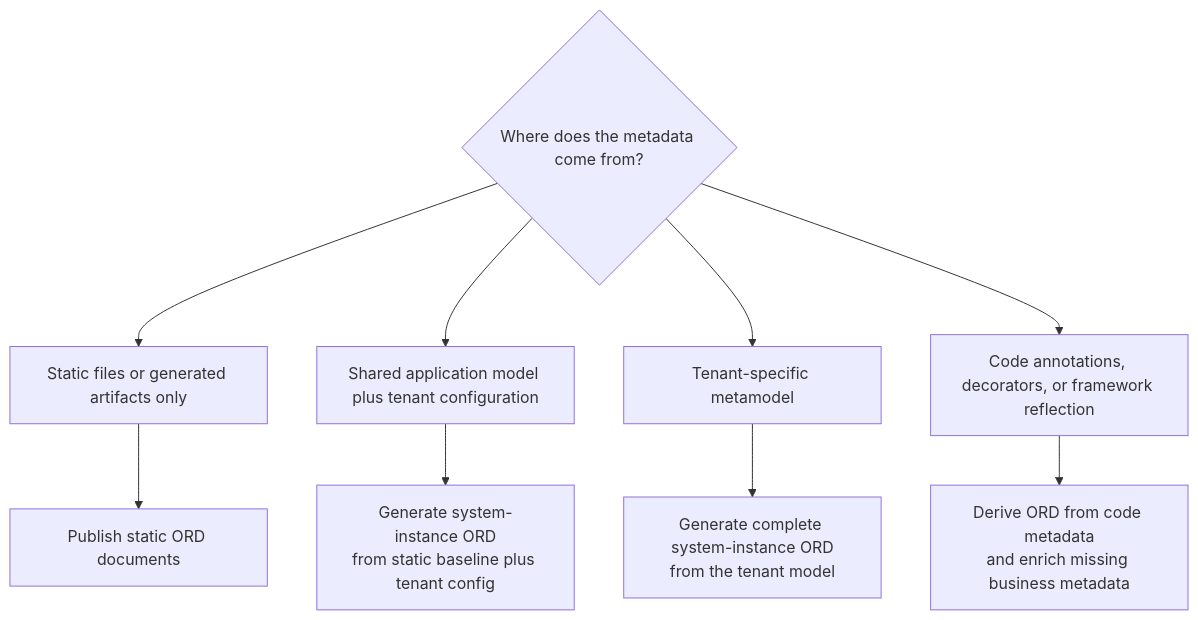
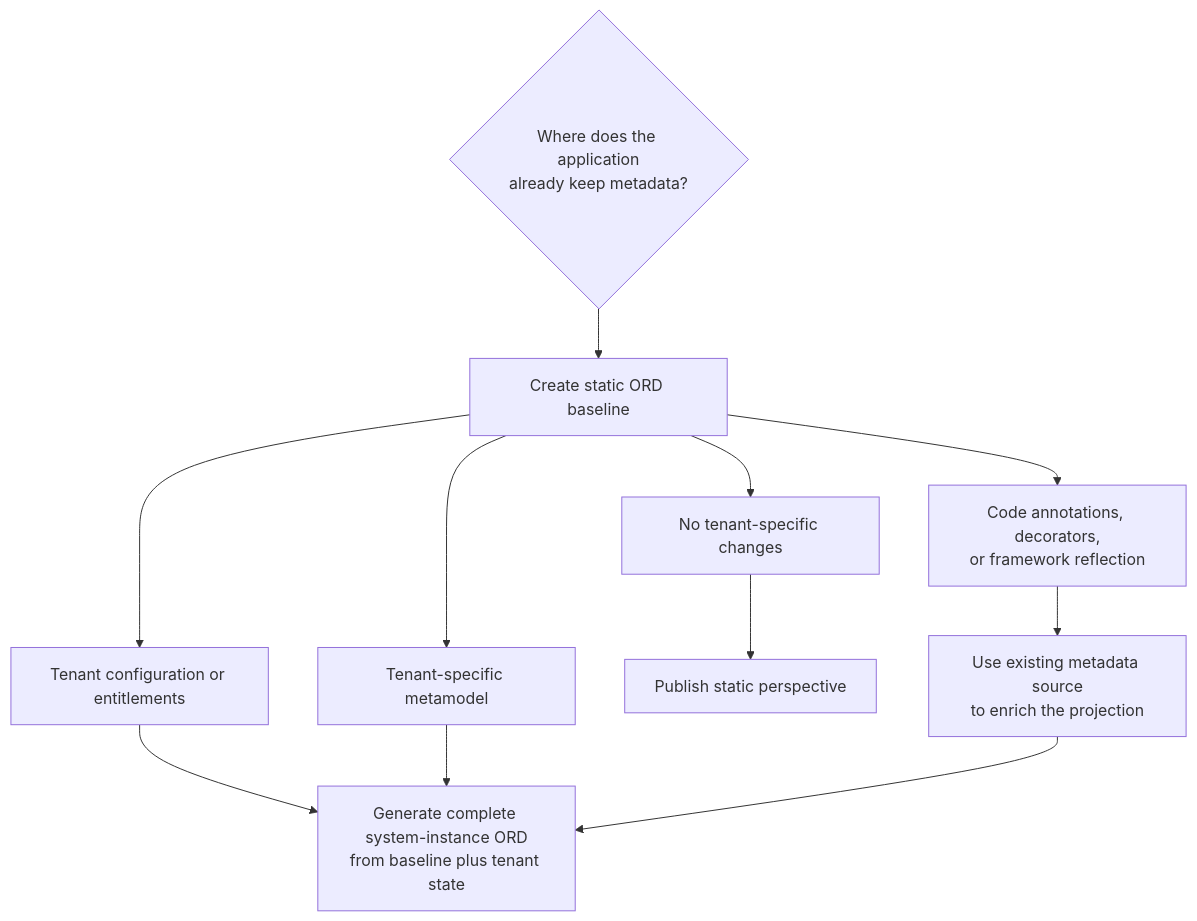
Before and after one commit to open-resource-discovery/specification: the second of 2 diagrams in docs/spec-v1/concepts/implementing-ord-natively.md, drawn with Mermaid. The commit also changed other lines of this file, not shown here.

````diff
--- a/docs/spec-v1/concepts/implementing-ord-natively.md
+++ b/docs/spec-v1/concepts/implementing-ord-natively.md
@@ -303,18 +314,19 @@
 ```mermaid
 flowchart TD
-    Start{"Where does the metadata come from?"}
-    StaticOnly["Static files or generated artifacts only"]
-    SharedModel["Shared application model plus tenant configuration"]
+    Start{"Where does the application<br/>already keep metadata?"}
+    Baseline["Create static ORD baseline"]
+    StaticOnly["No tenant-specific changes"]
+    TenantConfig["Tenant configuration or entitlements"]
     TenantModel["Tenant-specific metamodel"]
-    CodeModel["Code annotations, decorators, or framework reflection"]
+    CodeModel["Code annotations, decorators,<br/>or framework reflection"]
 
-    StaticProvider["Publish static ORD documents"]
-    Projection["Generate system-instance ORD<br/>from static baseline plus tenant config"]
-    FullTenant["Generate complete system-instance ORD<br/>from the tenant model"]
-    Reflection["Derive ORD from code metadata<br/>and enrich missing business metadata"]
+    StaticProvider["Publish static perspective"]
+    Projection["Generate complete system-instance ORD<br/>from baseline plus tenant state"]
+    Enrichment["Use existing metadata source<br/>to enrich the projection"]
 
-    Start --> StaticOnly --> StaticProvider
-    Start --> SharedModel --> Projection
-    Start --> TenantModel --> FullTenant
-    Start --> CodeModel --> Reflection
+    Start --> Baseline
+    Baseline --> StaticOnly --> StaticProvider
+    Baseline --> TenantConfig --> Projection
+    Baseline --> TenantModel --> Projection
+    Baseline --> CodeModel --> Enrichment --> Projection
 ```
````
